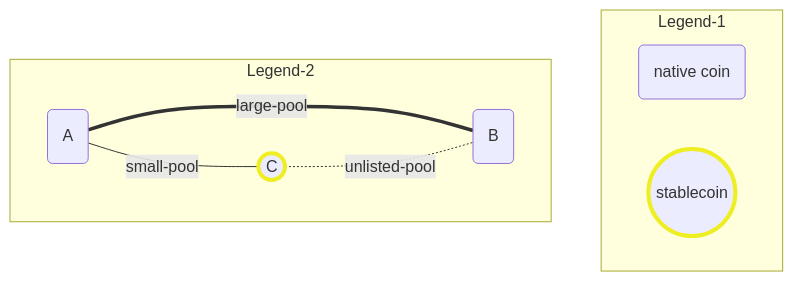
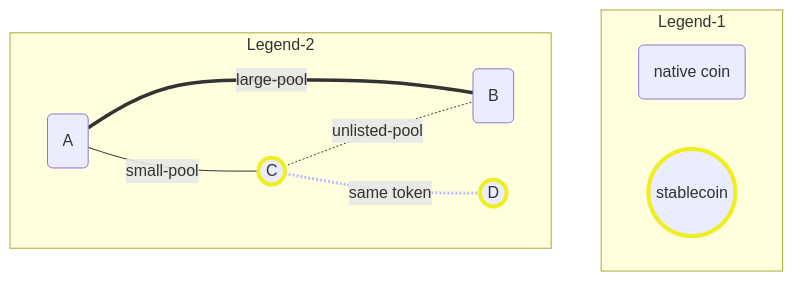
One commit to WaggMe/documentation-examples changed the first of 2 diagrams in helix-finance/liquidity-pools.md. Above: the diagram before and after it, drawn with Mermaid. The commit also changed other lines of this file, not shown here.

````diff
--- a/helix-finance/liquidity-pools.md
+++ b/helix-finance/liquidity-pools.md
@@ -8,20 +8,24 @@
 ```mermaid
 
 
 flowchart
     classDef stable fill:#ggg,stroke:#EE2,stroke-width:4px;
 
     subgraph Legend-1
         token(native coin)
         stable((stablecoin)):::stable
         end
     
     subgraph Legend-2
         A(A)
         B(B)
         C((C)):::stable
+        D((D)):::stable
         A === |large-pool| B
         A --- |small-pool| C
         C -.- |unlisted-pool| B
+        C -.- |same token| D
+
+        linkStyle 3 stroke:#BBF,stroke-width:3px;
     end
 ```
````
